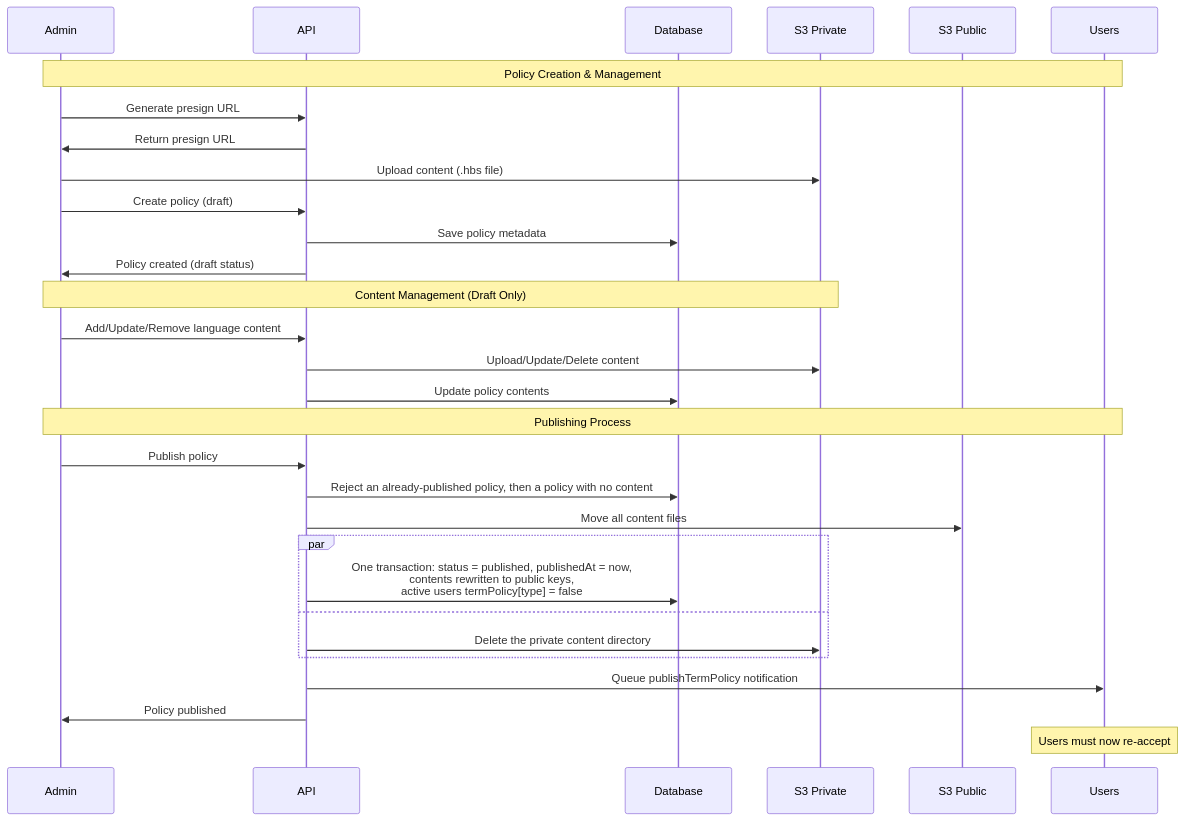
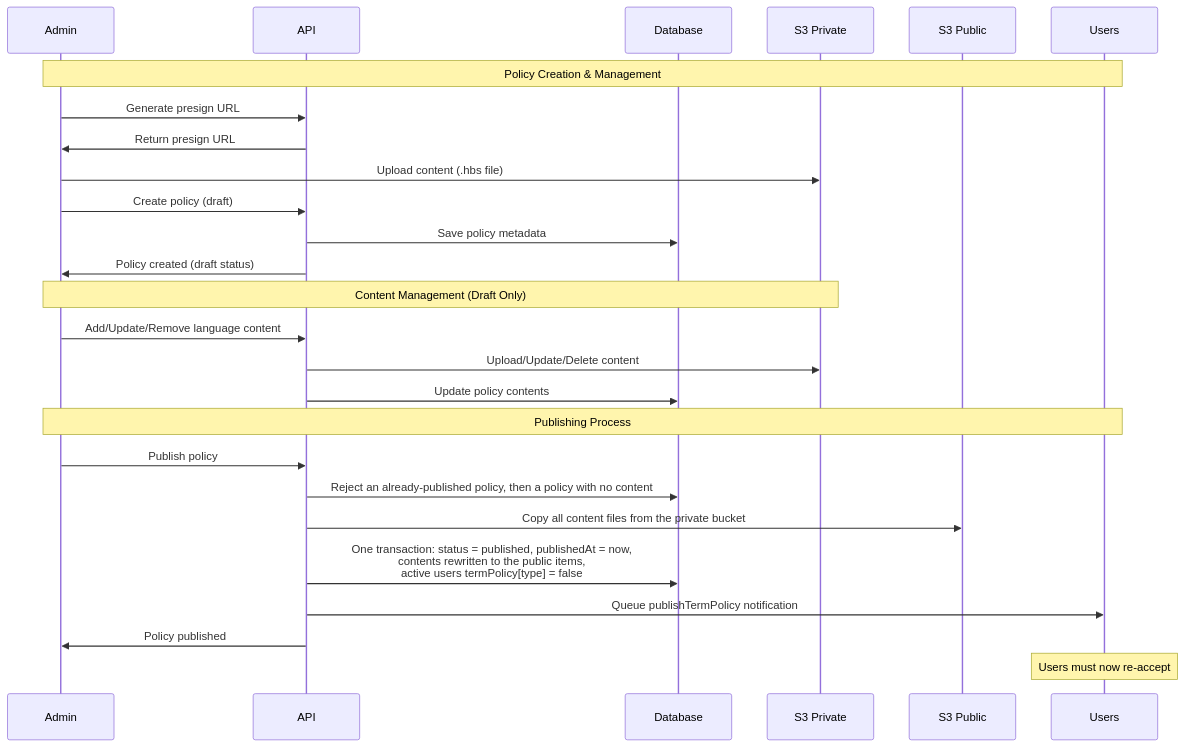
One commit to andrechristikan/ack-nestjs-boilerplate changed the first of 3 diagrams in docs/term-policy.md. Above: the diagram before and after it, drawn with Mermaid. The commit also changed other lines of this file and 38 other files, not shown here.

````diff
--- a/docs/term-policy.md
+++ b/docs/term-policy.md
@@ -87,40 +87,36 @@
 ```mermaid
 sequenceDiagram
     participant Admin
     participant API
     participant Database
     participant S3 Private
     participant S3 Public
     participant Users
 
     Note over Admin,Users: Policy Creation & Management
     
     Admin->>API: Generate presign URL
     API->>Admin: Return presign URL
     Admin->>S3 Private: Upload content (.hbs file)
     
     Admin->>API: Create policy (draft)
     API->>Database: Save policy metadata
     API->>Admin: Policy created (draft status)
     
     Note over Admin,S3 Private: Content Management (Draft Only)
     
     Admin->>API: Add/Update/Remove language content
     API->>S3 Private: Upload/Update/Delete content
     API->>Database: Update policy contents
     
     Note over Admin,Users: Publishing Process
     
     Admin->>API: Publish policy
     API->>Database: Reject an already-published policy, then a policy with no content
-    API->>S3 Public: Move all content files
-    par
-        API->>Database: One transaction: status = published, publishedAt = now,<br/>contents rewritten to public keys,<br/>active users termPolicy[type] = false
-    and
-        API->>S3 Private: Delete the private content directory
-    end
+    API->>S3 Public: Copy all content files from the private bucket
+    API->>Database: One transaction: status = published, publishedAt = now,<br/>contents rewritten to the public items,<br/>active users termPolicy[type] = false
     API->>Users: Queue publishTermPolicy notification
     API->>Admin: Policy published
     
     Note over Users: Users must now re-accept
 ```
````
